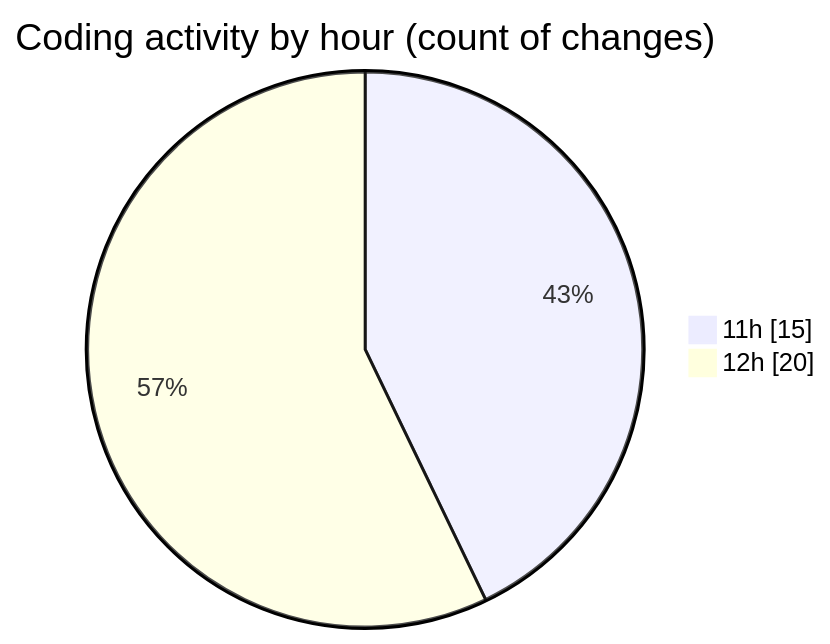
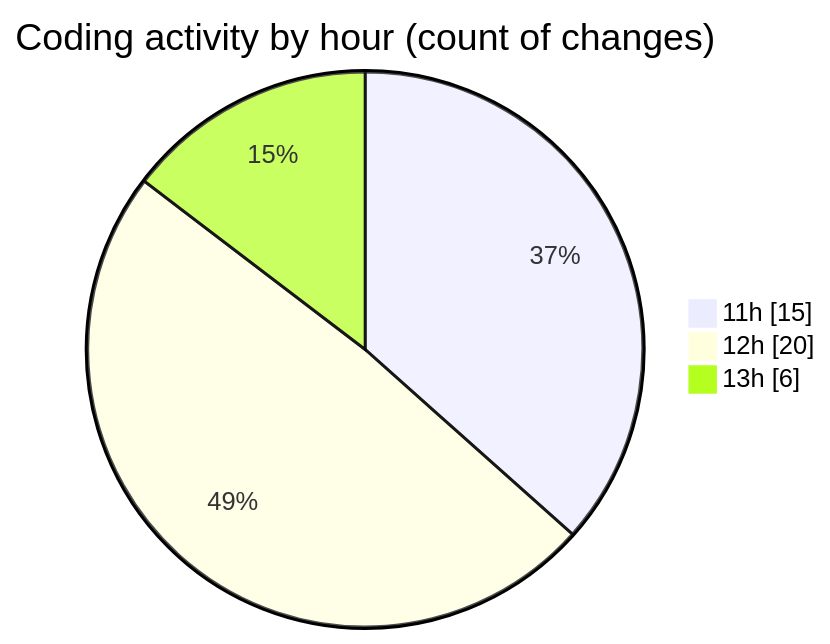
The second of 2 diagrams in 2025-06-28/argos/README.md (nxtqubesakshisongat/code-tracking), drawn with Mermaid before and after one commit. The commit also changed other lines of this file and 1 other file, not shown here.

````diff
--- a/2025-06-28/argos/README.md
+++ b/2025-06-28/argos/README.md
@@ -35,6 +35,7 @@
 ```mermaid
 pie showData
 title Coding activity by hour (count of changes)
 "11h" : 15
 "12h" : 20
+"13h" : 6
 ```
````
